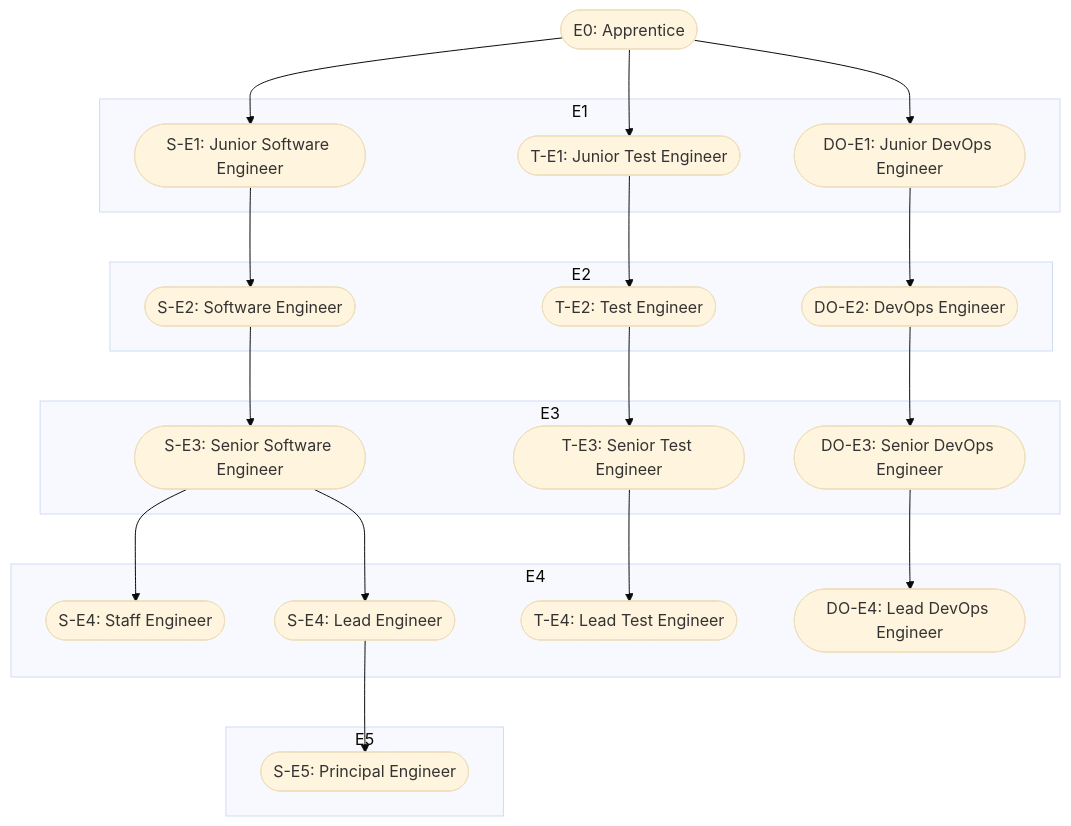
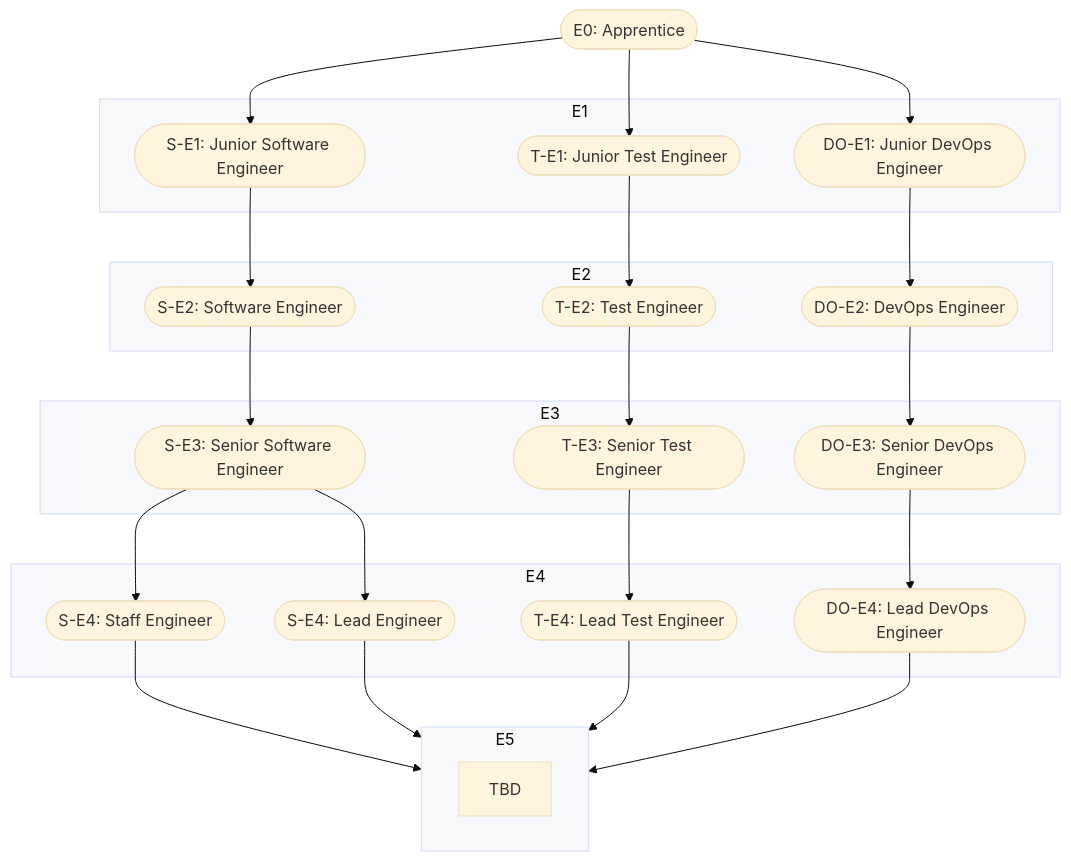
The diagram in docs/Progression-Framework/engineering-progression-framework.md (amdigital-co-uk/docs-playbook), drawn with Mermaid (base theme) before and after one commit. The commit also changed other lines of this file, not shown here.

````diff
--- a/docs/Progression-Framework/engineering-progression-framework.md
+++ b/docs/Progression-Framework/engineering-progression-framework.md
@@ -45,50 +42,53 @@
 ``` mermaid
 flowchart TD
 E0
 
 E0([E0: Apprentice]) --> S-E1([S-E1: Junior Software Engineer])
 S-E1 --> S-E2([S-E2: Software Engineer])
 S-E2 --> S-E3([S-E3: Senior Software Engineer])
 S-E3 --> S-E4a([S-E4: Staff Engineer])
 S-E3 --> S-E4([S-E4: Lead Engineer])
-S-E4 --> S-E5([S-E5: Principal Engineer])
+S-E4a --> E5
+S-E4 --> E5
 
 E0 --> T-E1([T-E1: Junior Test Engineer])
 T-E1 --> T-E2([T-E2: Test Engineer])
 T-E2 --> T-E3([T-E3: Senior Test Engineer])
 T-E3 --> T-E4([T-E4: Lead Test Engineer])
+T-E4 --> E5
 
 E0 --> DO-E1([DO-E1: Junior DevOps Engineer])
 DO-E1 --> DO-E2([DO-E2: DevOps Engineer])
 DO-E2 --> DO-E3([DO-E3: Senior DevOps Engineer])
 DO-E3 --> DO-E4([DO-E4: Lead DevOps Engineer])
+DO-E4 --> E5
 
 subgraph E1
 S-E1
 T-E1
 DO-E1
 end
 
 subgraph E2
 S-E2
 T-E2
 DO-E2
 end
 
 subgraph E3
 S-E3
 T-E3
 DO-E3
 end
 
 subgraph E4
 S-E4
 S-E4a
 T-E4
 DO-E4
 end
 
 subgraph E5
-S-E5
+TBD
 end
 ```
````
